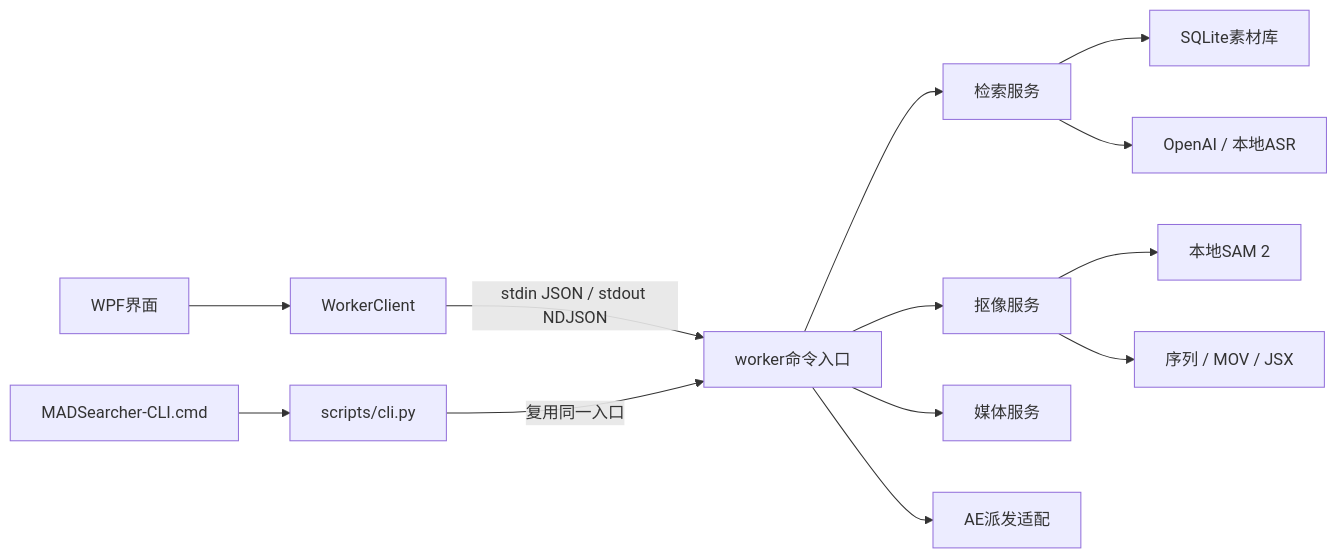
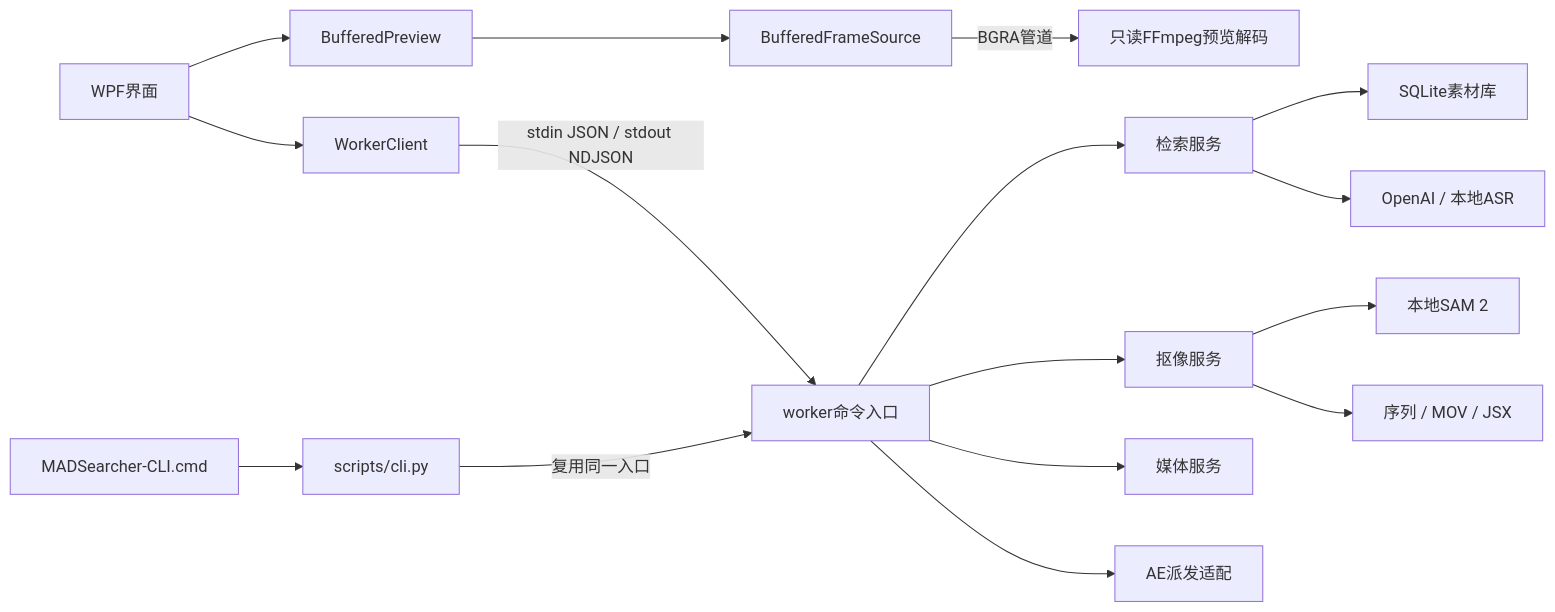
The diagram in Docs/扩展开发说明.md (rikka404/MADSearcherTool), drawn with Mermaid before and after one commit. The commit also changed other lines of this file and 63 other files, not shown here.

````diff
--- a/Docs/扩展开发说明.md
+++ b/Docs/扩展开发说明.md
@@ -39,15 +47,18 @@
 ```mermaid
 flowchart LR
     UI[WPF界面] --> Client[WorkerClient]
+    UI --> Preview[BufferedPreview]
+    Preview --> Buffer[BufferedFrameSource]
+    Buffer -->|BGRA管道| FFmpeg[只读FFmpeg预览解码]
     Client -->|stdin JSON / stdout NDJSON| Worker[worker命令入口]
     CLI[MADSearcher-CLI.cmd] --> Adapter[scripts/cli.py]
     Adapter -->|复用同一入口| Worker
     Worker --> Search[检索服务]
     Worker --> Cutout[抠像服务]
     Worker --> Media[媒体服务]
     Worker --> Adobe[AE派发适配]
     Search --> Store[SQLite素材库]
     Search --> AI[OpenAI / 本地ASR]
     Cutout --> SAM[本地SAM 2]
     Cutout --> Export[序列 / MOV / JSX]
 ```
````
